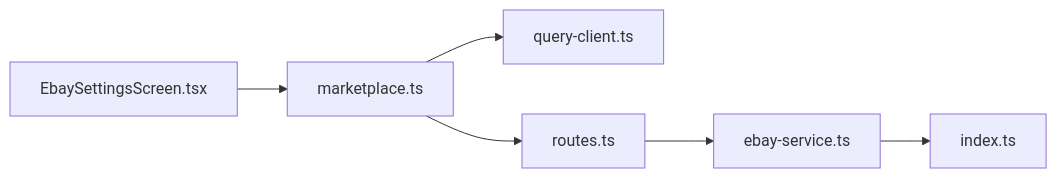
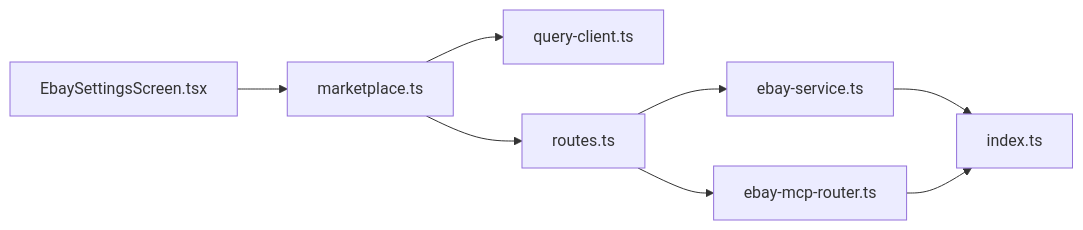
One commit to hunglevi87/Hidden-Gem changed diagram 11 of 11 in .qoder/repowiki/en/content/Marketplace Integration/eBay Integration.md. Above: the diagram before and after it, drawn with Mermaid. The commit also changed other lines of this file and 14 other files, not shown here.

````diff
--- a/.qoder/repowiki/en/content/Marketplace Integration/eBay Integration.md
+++ b/.qoder/repowiki/en/content/Marketplace Integration/eBay Integration.md
@@ -281,8 +369,10 @@
 ```mermaid
 graph LR
 ESS["EbaySettingsScreen.tsx"] --> MP["marketplace.ts"]
 MP --> QC["query-client.ts"]
 MP --> R["routes.ts"]
 R --> ES["ebay-service.ts"]
+R --> MCP["ebay-mcp-router.ts"]
 ES --> IDX["index.ts"]
+MCP --> IDX
 ```
````
